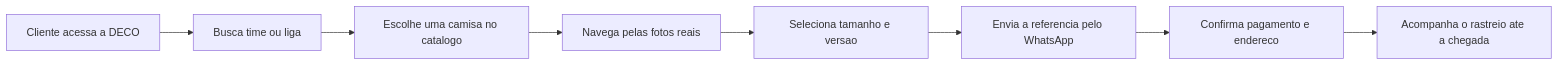
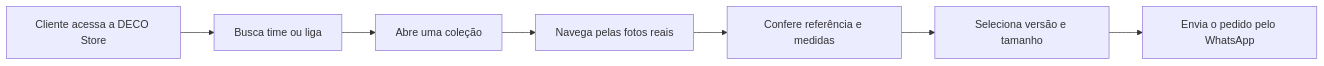
The diagram in README.md (Victor-Hugo-A/deco-store), drawn with Mermaid before and after one commit. The commit also changed other lines of this file and 2 other files, not shown here.

Commit message:
Fix: README ajustado com erros ortográficos e medidas baseadas para clientes

````diff
--- a/README.md
+++ b/README.md
@@ -31,10 +32,9 @@
 ```mermaid
 flowchart LR
-  A[Cliente acessa a DECO] --> B[Busca time ou liga]
-  B --> C[Escolhe uma camisa no catalogo]
+  A[Cliente acessa a DECO Store] --> B[Busca time ou liga]
+  B --> C[Abre uma coleção]
   C --> D[Navega pelas fotos reais]
-  D --> E[Seleciona tamanho e versao]
-  E --> F[Envia a referencia pelo WhatsApp]
-  F --> G[Confirma pagamento e endereco]
-  G --> H[Acompanha o rastreio ate a chegada]
+  D --> E[Confere referência e medidas]
+  E --> F[Seleciona versão e tamanho]
+  F --> G[Envia o pedido pelo WhatsApp]
 ```
````
